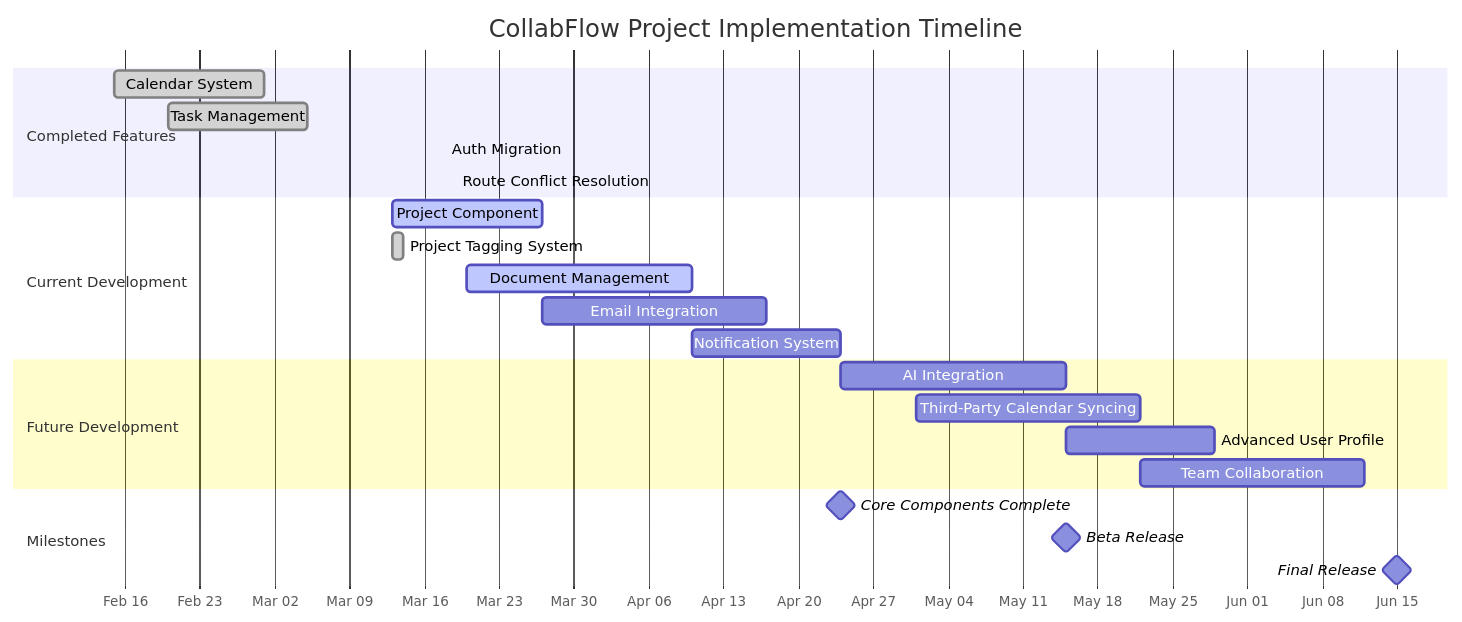
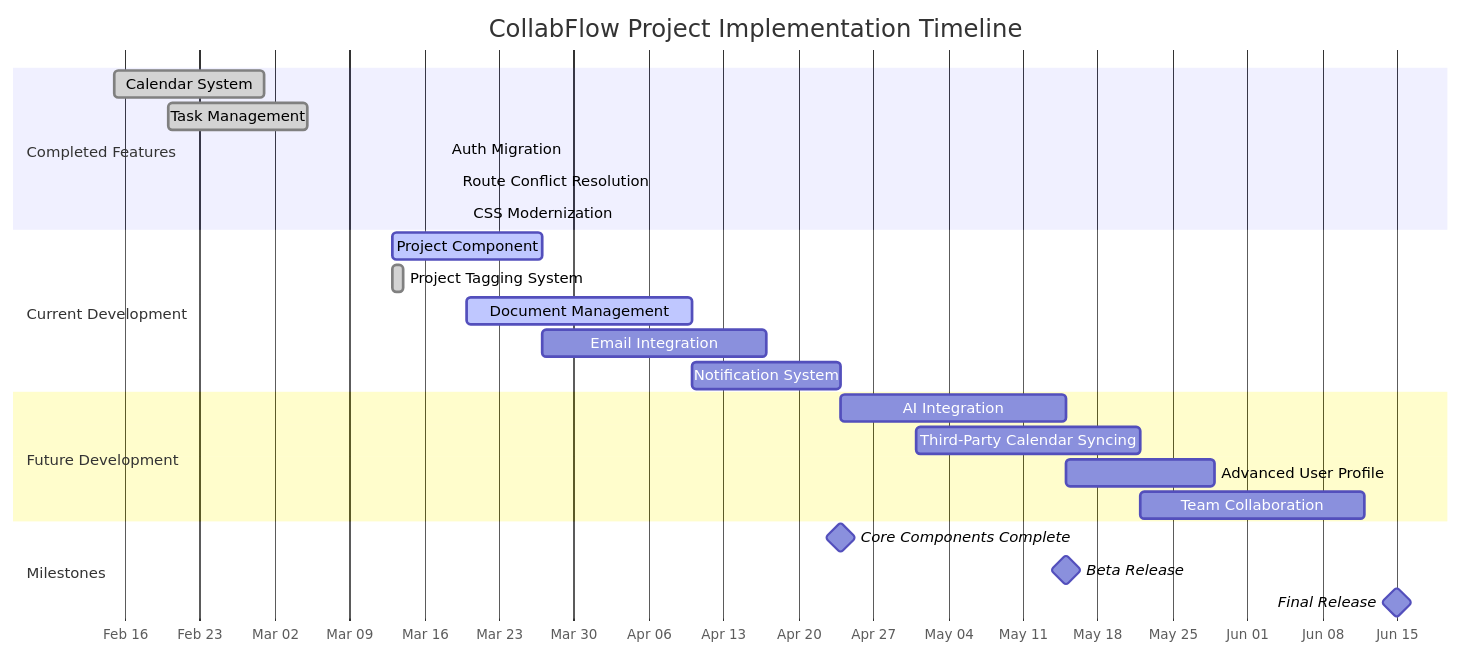
One commit to raybrown04/collabflow changed the diagram in memory-bank/progress.md. Above: the diagram before and after it, drawn with Mermaid. The commit also changed other lines of this file and 34 other files, not shown here.

````diff
--- a/memory-bank/progress.md
+++ b/memory-bank/progress.md
@@ -183,30 +217,31 @@
 ```mermaid
 gantt
     title CollabFlow Project Implementation Timeline
     dateFormat  YYYY-MM-DD
     axisFormat %b %d
     
     section Completed Features
     Calendar System                      :done, 2025-02-15, 2025-03-01
     Task Management                      :done, 2025-02-20, 2025-03-05
     Auth Migration                       :done, 2025-03-18, 2025-03-18
     Route Conflict Resolution            :done, 2025-03-19, 2025-03-19
+    CSS Modernization                    :done, 2025-03-20, 2025-03-20
     
     section Current Development
     Project Component                    :active, 2025-03-13, 2025-03-27
     Project Tagging System               :done, 2025-03-13, 2025-03-14
     Document Management                  :active, 2025-03-20, 2025-04-10
     Email Integration                    :2025-03-27, 2025-04-17
     Notification System                  :2025-04-10, 2025-04-24
     
     section Future Development
     AI Integration                       :2025-04-24, 2025-05-15
     Third-Party Calendar Syncing         :2025-05-01, 2025-05-22
     Advanced User Profile                :2025-05-15, 2025-05-29
     Team Collaboration                   :2025-05-22, 2025-06-12
     
     section Milestones
     Core Components Complete             :milestone, 2025-04-24, 0d
     Beta Release                         :milestone, 2025-05-15, 0d
     Final Release                        :milestone, 2025-06-15, 0d
 ```
````
